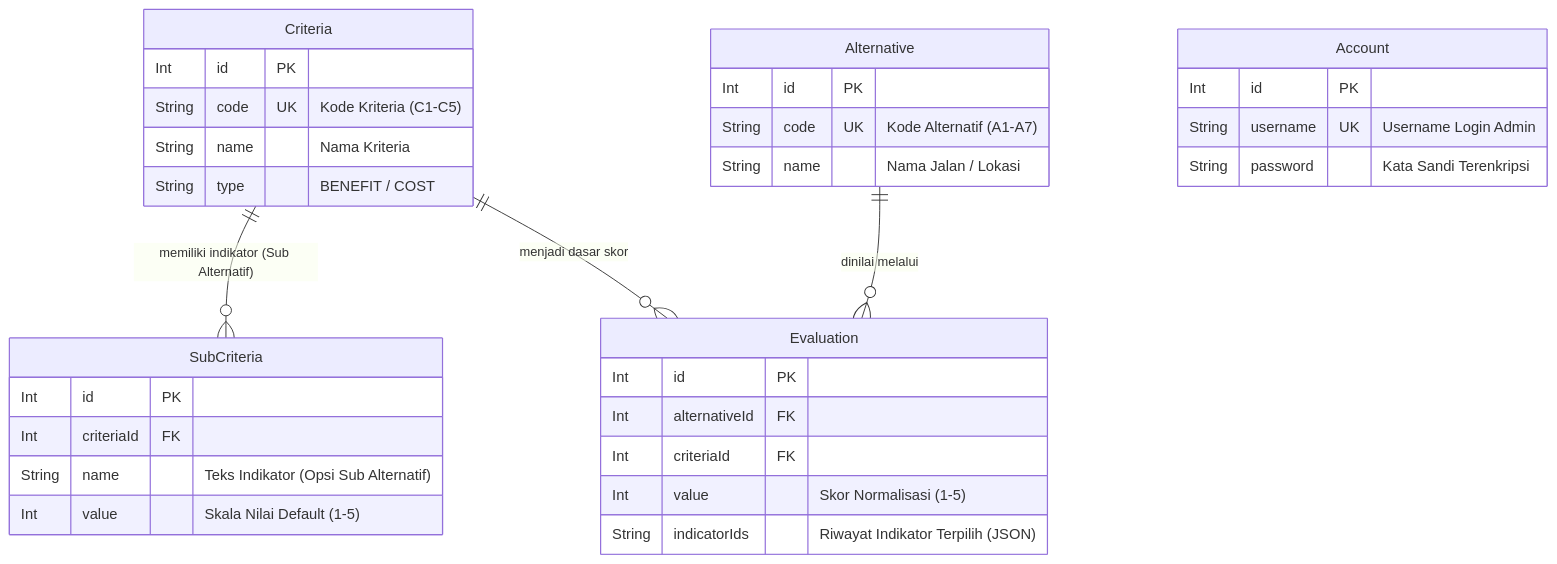
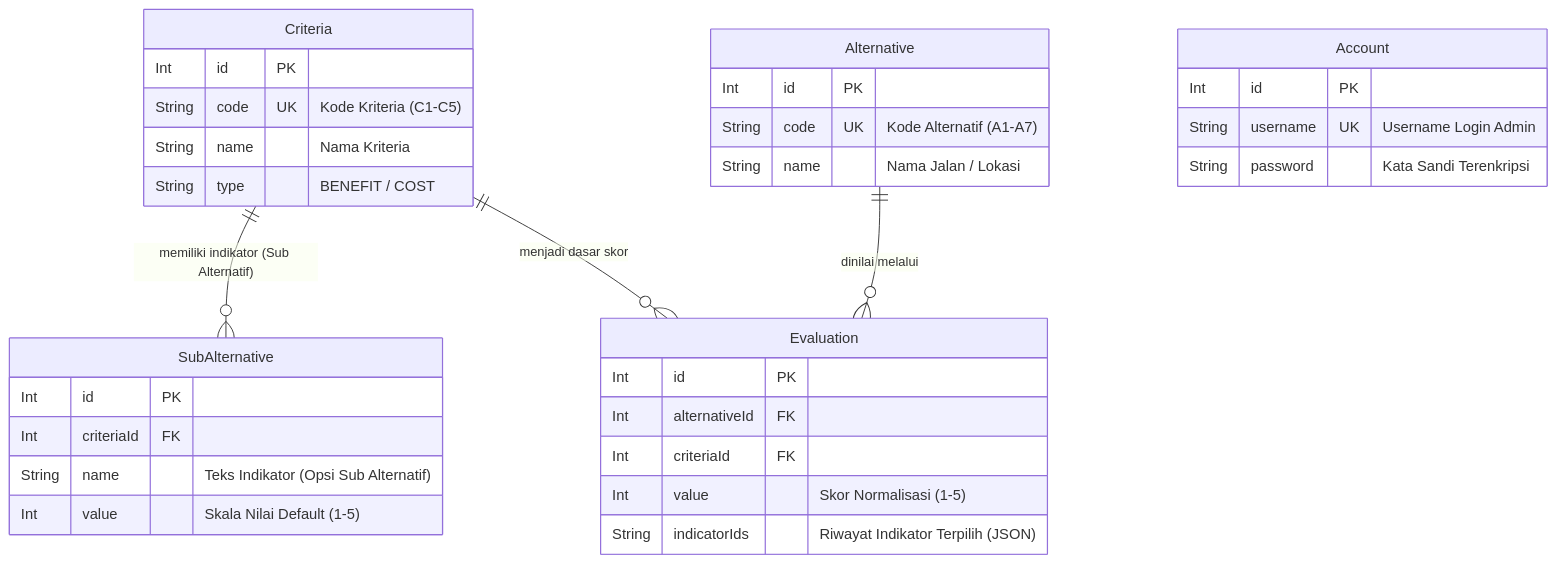
One commit to Burzess/spk-moora changed the first of 2 diagrams in cdm_pdm_spk_moora.md. Above: the diagram before and after it, drawn with Mermaid. The commit also changed other lines of this file and 8 other files, not shown here.

Commit message:
refactor: rename SubCriteria table and model to SubAlternative across DB, codebase, and documentation

````diff
--- a/cdm_pdm_spk_moora.md
+++ b/cdm_pdm_spk_moora.md
@@ -30,40 +30,40 @@
 ```mermaid
 erDiagram
-    Criteria ||--o{ SubCriteria : "memiliki indikator (Sub Alternatif)"
+    Criteria ||--o{ SubAlternative : "memiliki indikator (Sub Alternatif)"
     Criteria ||--o{ Evaluation : "menjadi dasar skor"
     Alternative ||--o{ Evaluation : "dinilai melalui"
 
     Criteria {
         Int id PK
         String code UK "Kode Kriteria (C1-C5)"
         String name "Nama Kriteria"
         String type "BENEFIT / COST"
     }
 
-    SubCriteria {
+    SubAlternative {
         Int id PK
         Int criteriaId FK
         String name "Teks Indikator (Opsi Sub Alternatif)"
         Int value "Skala Nilai Default (1-5)"
     }
 
     Alternative {
         Int id PK
         String code UK "Kode Alternatif (A1-A7)"
         String name "Nama Jalan / Lokasi"
     }
 
     Evaluation {
         Int id PK
         Int alternativeId FK
         Int criteriaId FK
         Int value "Skor Normalisasi (1-5)"
         String indicatorIds "Riwayat Indikator Terpilih (JSON)"
     }
 
     Account {
         Int id PK
         String username UK "Username Login Admin"
         String password "Kata Sandi Terenkripsi"
     }
 ```
````
